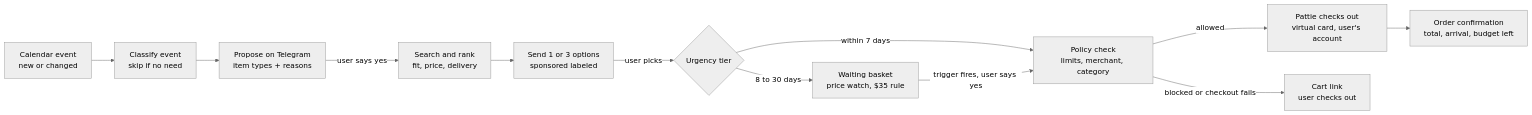
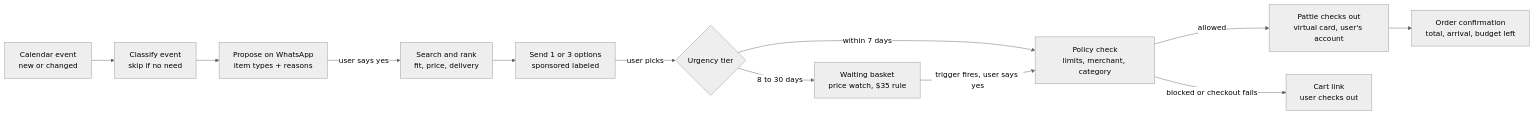
Before and after one commit to kolumba-ai/Pattie-shopping-agent: the diagram in docs/PRD.md, drawn with Mermaid (neutral theme). The commit also changed other lines of this file and 2 other files, not shown here.

First line of the commit message:
Switch messaging from Telegram to WhatsApp via OpenBot

````diff
--- a/docs/PRD.md
+++ b/docs/PRD.md
@@ -97,14 +97,14 @@
 ```mermaid
 flowchart LR
     A[Calendar event<br/>new or changed] --> B[Classify event<br/>skip if no need]
-    B --> C[Propose on Telegram<br/>item types + reasons]
+    B --> C[Propose on WhatsApp<br/>item types + reasons]
     C -- user says yes --> D[Search and rank<br/>fit, price, delivery]
     D --> E[Send 1 or 3 options<br/>sponsored labeled]
     E -- user picks --> F{Urgency tier}
     F -- within 7 days --> G[Policy check<br/>limits, merchant, category]
     F -- 8 to 30 days --> H[Waiting basket<br/>price watch, $35 rule]
     H -- trigger fires, user says yes --> G
     G -- allowed --> I[Pattie checks out<br/>virtual card, user's account]
     G -- blocked or checkout fails --> J[Cart link<br/>user checks out]
     I --> K[Order confirmation<br/>total, arrival, budget left]
 ```
````
